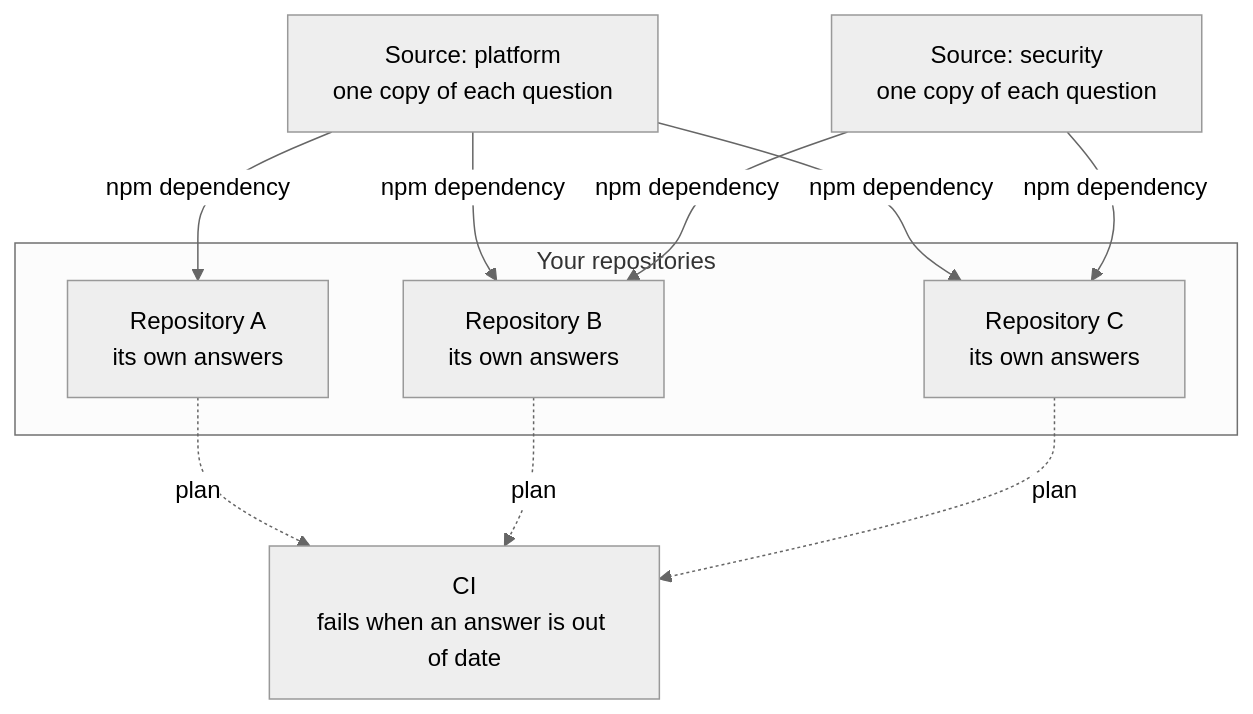
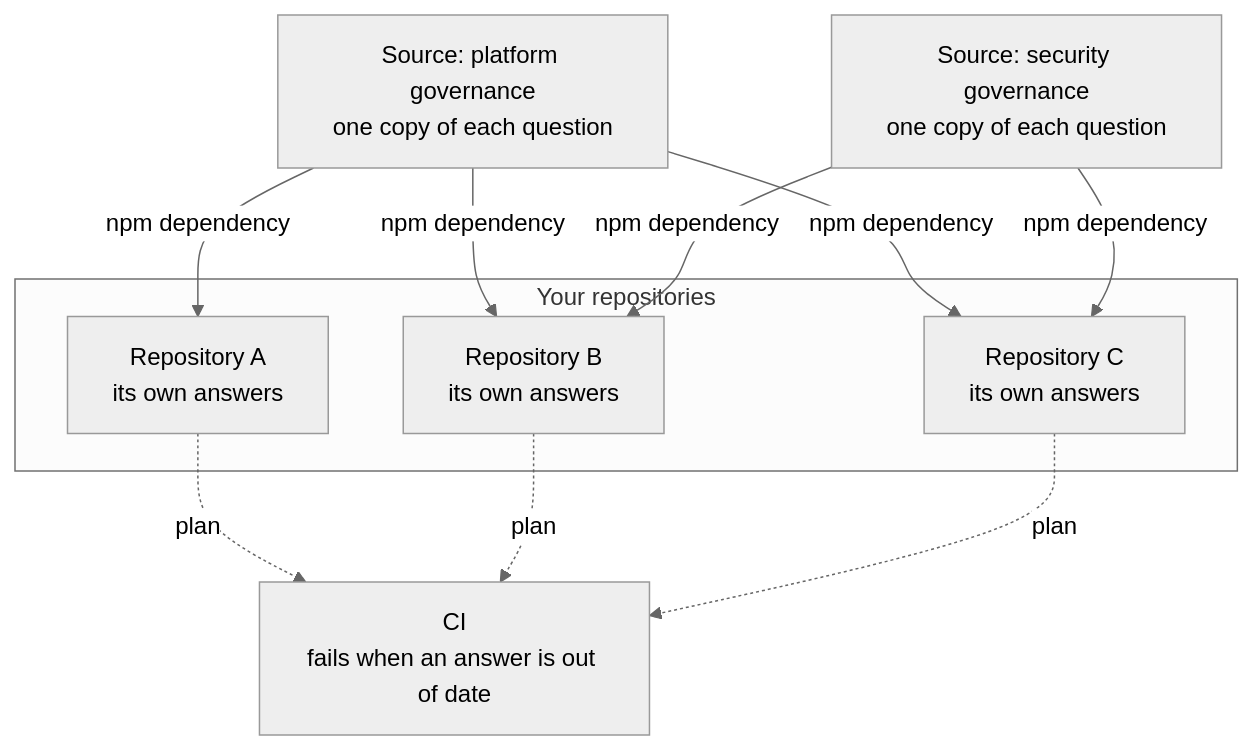
Before and after one commit to trivoallan/ontrack: the first of 3 diagrams in docs/features.md, drawn with Mermaid (neutral theme).

Commit message:
docs: name the example sources platform and security governance

````diff
--- a/docs/features.md
+++ b/docs/features.md
@@ -11,14 +11,14 @@
 ```mermaid
 flowchart TD
-  platform["Source: platform<br/>one copy of each question"]
-  security["Source: security<br/>one copy of each question"]
+  platform["Source: platform governance<br/>one copy of each question"]
+  security["Source: security governance<br/>one copy of each question"]
   subgraph repos["Your repositories"]
     a["Repository A<br/>its own answers"]
     b["Repository B<br/>its own answers"]
     c["Repository C<br/>its own answers"]
   end
   platform -->|"npm dependency"| a & b & c
   security -->|"npm dependency"| b & c
   ci["CI<br/>fails when an answer is out of date"]
   a & b & c -.->|"plan"| ci
 ```
````
